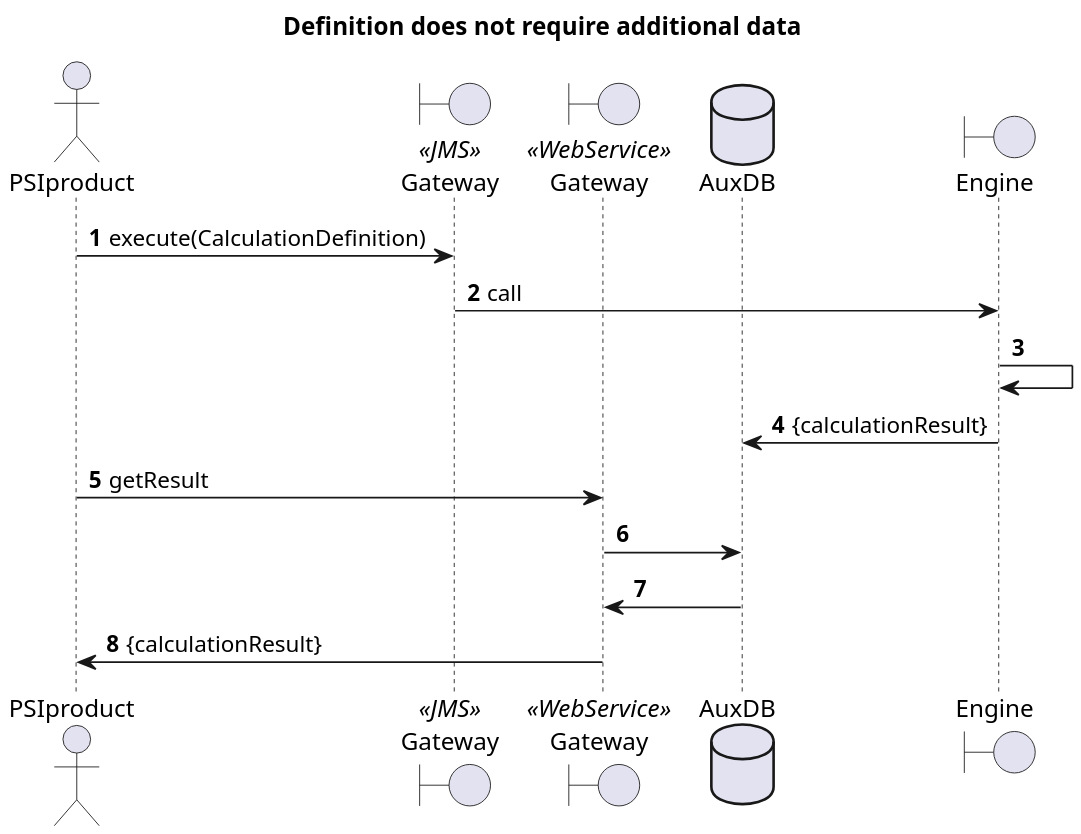
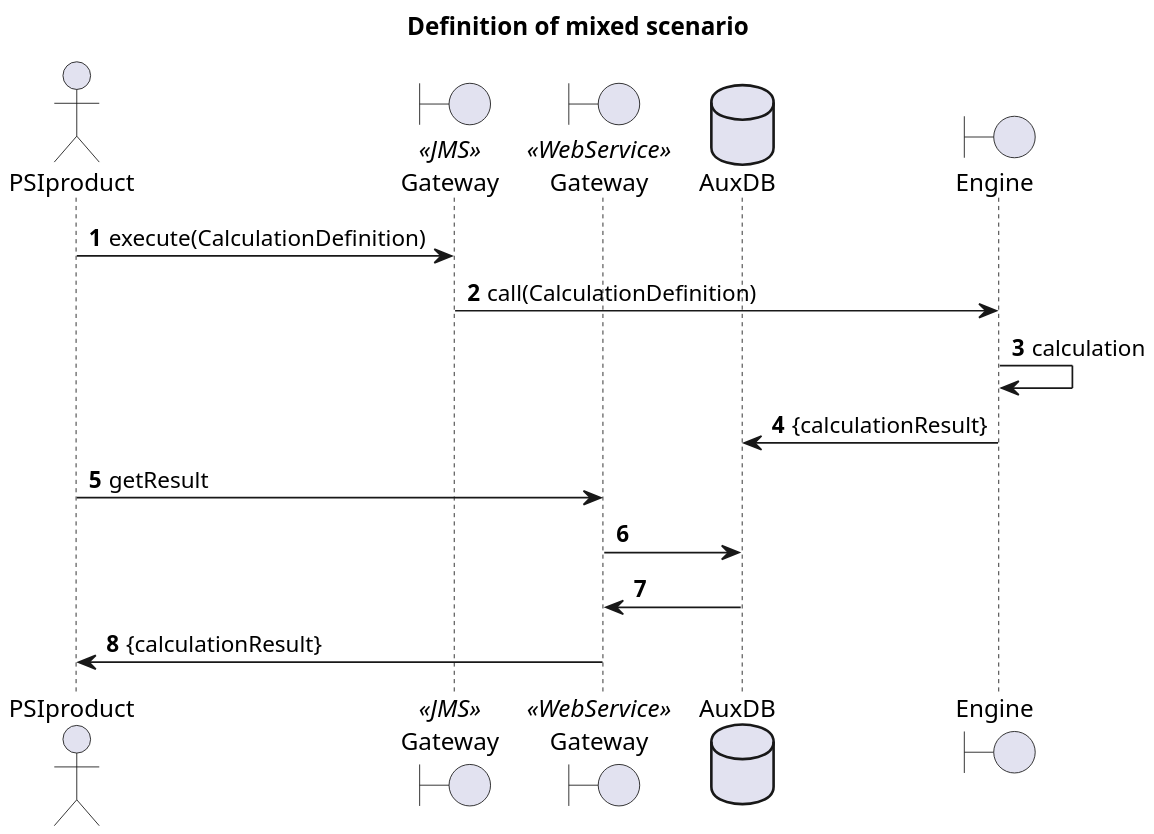
One commit to PSI-Polska/aaas-java6 changed the diagram in doc/useCases/3.3 definitionMixedScenario.plantuml. Above: the diagram before and after it, drawn with PlantUML. The commit also changed 13 other files, not shown here.

```diff
--- a/doc/useCases/3.3 definitionMixedScenario.plantuml
+++ b/doc/useCases/3.3 definitionMixedScenario.plantuml
@@ -1,24 +1,25 @@
 @startuml
 skinparam dpi 200
+skinparam backgroundColor transparent
 
-title Definition does not require additional data
+title Definition of mixed scenario
 
 actor PSIproduct
 boundary Gateway as jms <<JMS>>
 boundary Gateway as ws <<WebService>>
 database AuxDB as auxdb
 boundary Engine as Engine
 
 ' TODO what with scenarios when there is no data passed but for eg. TS is returned?
 
 autonumber
 PSIproduct ->jms: execute(CalculationDefinition)
-jms -> Engine: call
-Engine -> Engine
+jms -> Engine: call(CalculationDefinition)
+Engine -> Engine: calculation
 Engine -> auxdb: {calculationResult}
 PSIproduct -> ws: getResult
 ws -> auxdb
 auxdb -> ws
 ws -> PSIproduct: {calculationResult}
 
 @enduml
```
